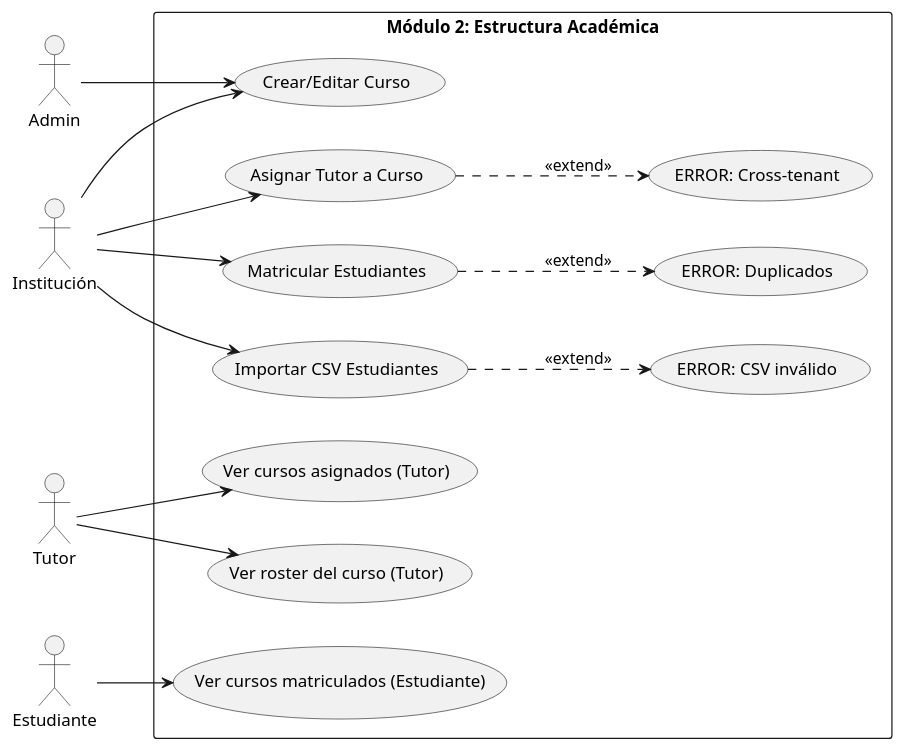
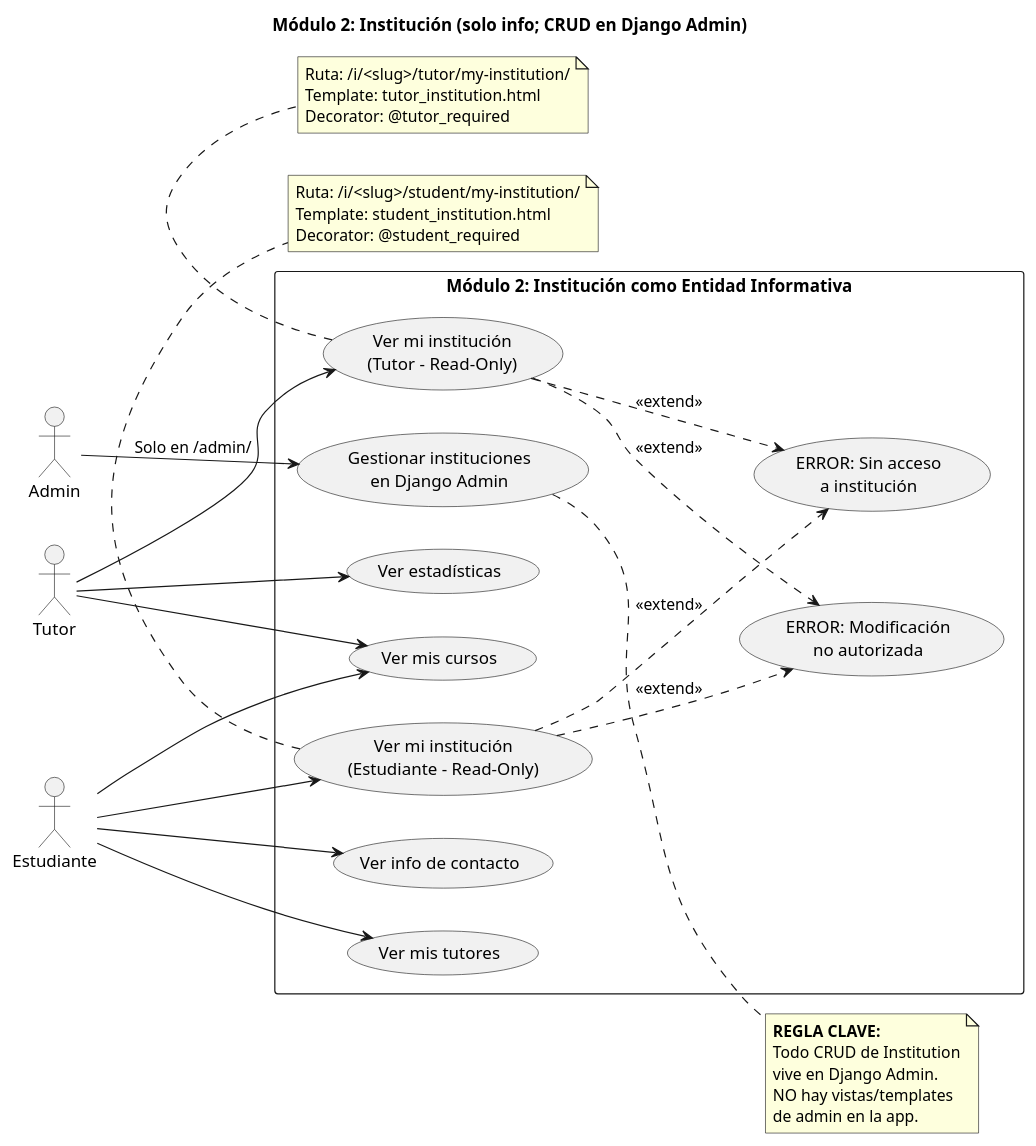
The diagram in docs/uml/module2/use_cases.puml (Luvigo/Max), drawn with PlantUML before and after one commit. The commit also changed 11 other files, not shown here.

First line of the commit message:
MÓDULO 2: Institution como entidad informativa (sin login)

```diff
--- a/docs/uml/module2/use_cases.puml
+++ b/docs/uml/module2/use_cases.puml
@@ -1,34 +1,58 @@
 @startuml
+title Módulo 2: Institución (solo info; CRUD en Django Admin)
 left to right direction
+
 actor Admin
-actor "Institución" as Inst
 actor Tutor
 actor Estudiante
 
-rectangle "Módulo 2: Estructura Académica" {
-  usecase "Crear/Editar Curso" as UC_CourseCRUD
-  usecase "Asignar Tutor a Curso" as UC_AssignTutor
-  usecase "Matricular Estudiantes" as UC_Enroll
-  usecase "Importar CSV Estudiantes" as UC_ImportCSV
-  usecase "Ver cursos asignados (Tutor)" as UC_TutorCourses
-  usecase "Ver roster del curso (Tutor)" as UC_Roster
-  usecase "Ver cursos matriculados (Estudiante)" as UC_StudentCourses
-
-  usecase "ERROR: CSV inválido" as E_CSV
-  usecase "ERROR: Cross-tenant" as E_CrossTenant
-  usecase "ERROR: Duplicados" as E_Duplicate
+rectangle "Módulo 2: Institución como Entidad Informativa" {
+  usecase "Gestionar instituciones\nen Django Admin" as UC_ManageInst
+  usecase "Ver mi institución\n(Tutor - Read-Only)" as UC_ViewInstTutor
+  usecase "Ver mi institución\n(Estudiante - Read-Only)" as UC_ViewInstStudent
+  
+  usecase "Ver estadísticas" as UC_Stats
+  usecase "Ver info de contacto" as UC_Contact
+  usecase "Ver mis cursos" as UC_MyCourses
+  usecase "Ver mis tutores" as UC_MyTutors
+  
+  usecase "ERROR: Modificación\nno autorizada" as E_403
+  usecase "ERROR: Sin acceso\na institución" as E_NoAccess
 }
 
-Admin --> UC_CourseCRUD
-Inst --> UC_CourseCRUD
-Inst --> UC_AssignTutor
-Inst --> UC_Enroll
-Inst --> UC_ImportCSV
-Tutor --> UC_TutorCourses
-Tutor --> UC_Roster
-Estudiante --> UC_StudentCourses
+Admin --> UC_ManageInst : "Solo en /admin/"
 
-UC_ImportCSV ..> E_CSV : <<extend>>
-UC_AssignTutor ..> E_CrossTenant : <<extend>>
-UC_Enroll ..> E_Duplicate : <<extend>>
+Tutor --> UC_ViewInstTutor
+Tutor --> UC_Stats
+Tutor --> UC_MyCourses
+
+Estudiante --> UC_ViewInstStudent
+Estudiante --> UC_Contact
+Estudiante --> UC_MyCourses
+Estudiante --> UC_MyTutors
+
+UC_ViewInstTutor ..> E_403 : <<extend>>
+UC_ViewInstStudent ..> E_403 : <<extend>>
+UC_ViewInstTutor ..> E_NoAccess : <<extend>>
+UC_ViewInstStudent ..> E_NoAccess : <<extend>>
+
+note right of UC_ManageInst
+  **REGLA CLAVE:**
+  Todo CRUD de Institution
+  vive en Django Admin.
+  NO hay vistas/templates
+  de admin en la app.
+end note
+
+note bottom of UC_ViewInstTutor
+  Ruta: /i/<slug>/tutor/my-institution/
+  Template: tutor_institution.html
+  Decorator: @tutor_required
+end note
+
+note bottom of UC_ViewInstStudent
+  Ruta: /i/<slug>/student/my-institution/
+  Template: student_institution.html
+  Decorator: @student_required
+end note
 @enduml
```
